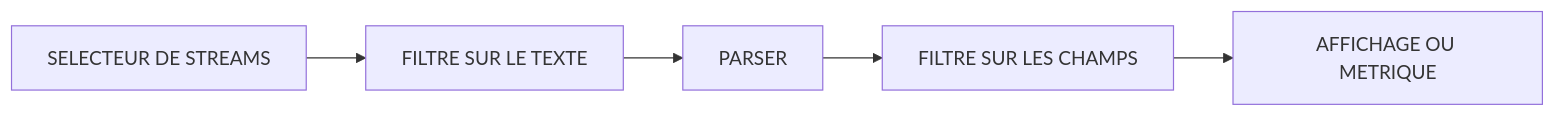
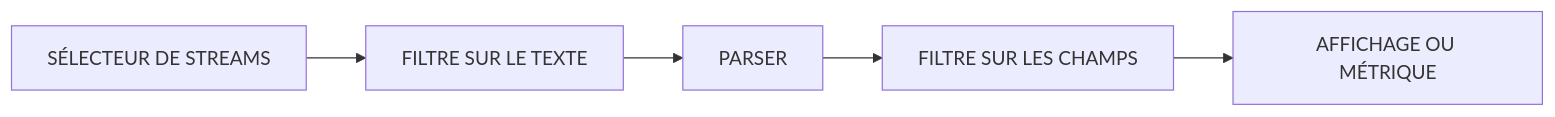
The first of 2 diagrams in courses/grafana/14_loki_logql.md (Gooseppr/GevOps_LC), drawn with Mermaid before and after one commit. The commit also changed 56 other files, not shown here.

````diff
--- a/courses/grafana/14_loki_logql.md
+++ b/courses/grafana/14_loki_logql.md
@@ -62,7 +62,7 @@
 ```mermaid
 flowchart LR
-    S[SELECTEUR DE STREAMS] --> F[FILTRE SUR LE TEXTE]
+    S[SÉLECTEUR DE STREAMS] --> F[FILTRE SUR LE TEXTE]
     F --> P[PARSER]
     P --> L[FILTRE SUR LES CHAMPS]
-    L --> M[AFFICHAGE OU METRIQUE]
+    L --> M[AFFICHAGE OU MÉTRIQUE]
 ```
````
